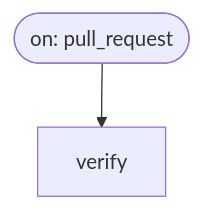
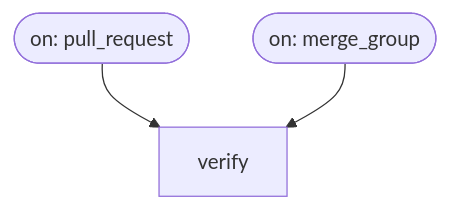
The diagram in docs/generated/workflows/verify-dependabot-labels-if-branches.md (tvna/claude-md), drawn with Mermaid before and after one commit. The commit also changed 9 other files, not shown here.

````diff
--- a/docs/generated/workflows/verify-dependabot-labels-if-branches.md
+++ b/docs/generated/workflows/verify-dependabot-labels-if-branches.md
@@ -5,9 +5,11 @@
 ```mermaid
 flowchart TD
 
     T_pull_request(["on: pull_request"])
+    T_merge_group(["on: merge_group"])
 
     J_verify["verify"]
 
     T_pull_request --> J_verify
+    T_merge_group --> J_verify
 ```
````
